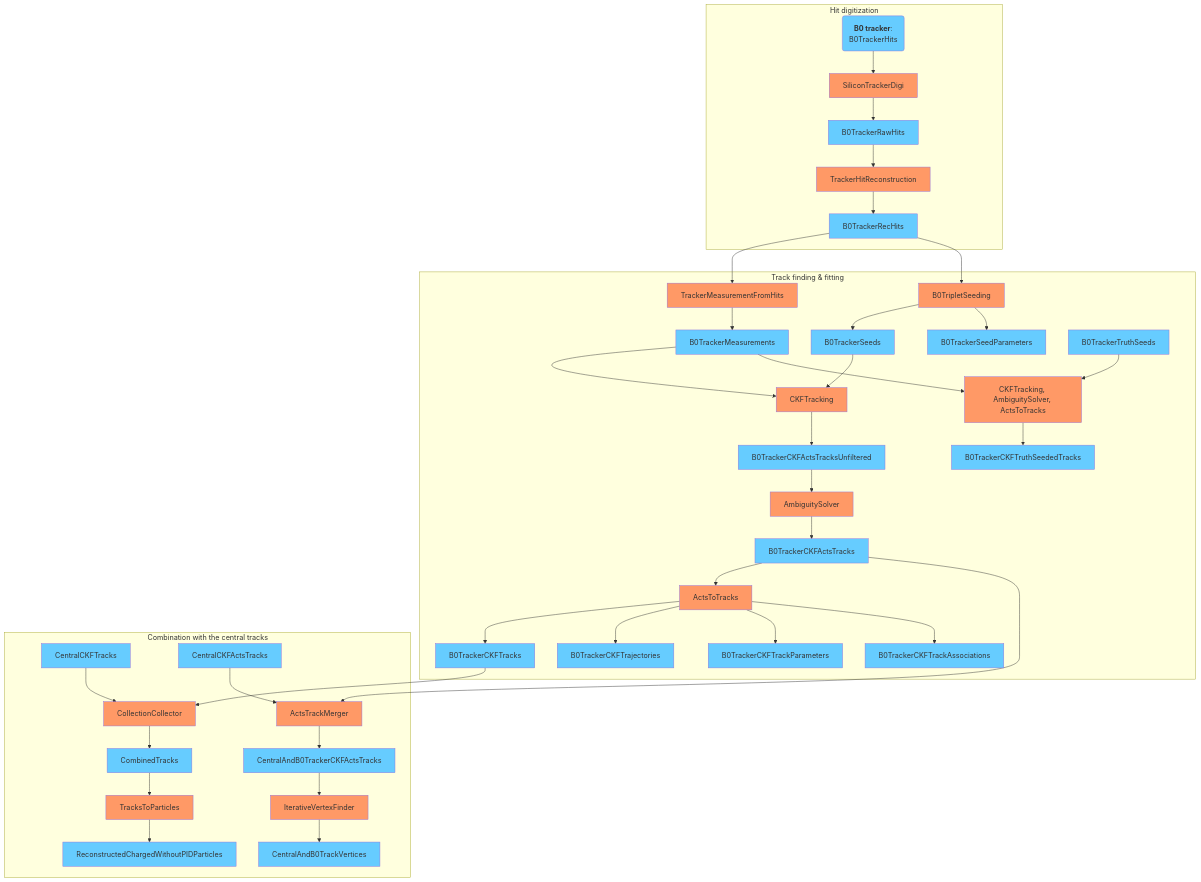
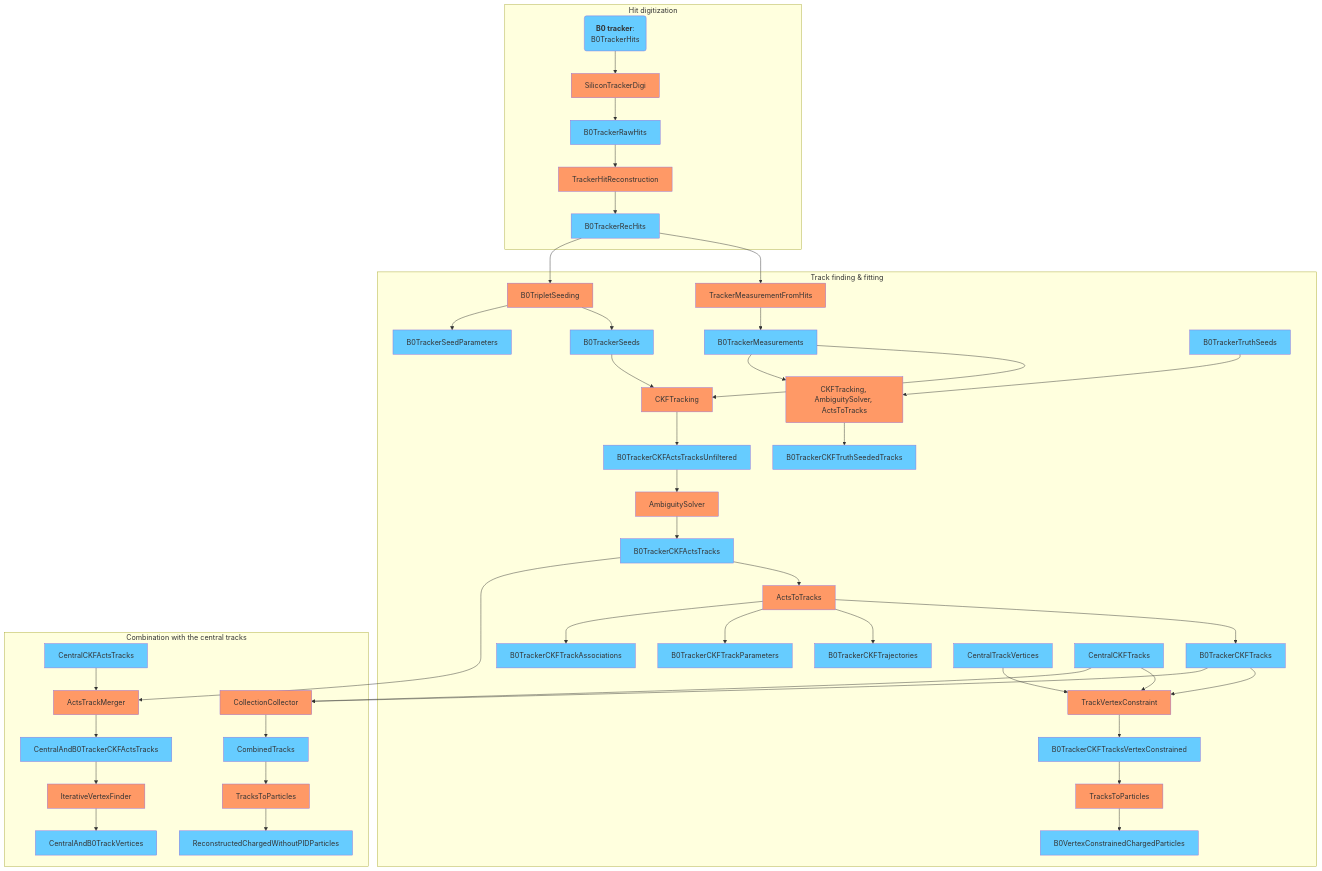
Before and after one commit to tom-bleher/EICrecon: the fifth of 5 diagrams in docs/design/tracking.md, drawn with Mermaid. The commit also changed other lines of this file, not shown here.

First line of the commit message:
docs: describe the B0 track extrapolation and the vertex-constrained tracks

````diff
--- a/docs/design/tracking.md
+++ b/docs/design/tracking.md
@@ -319,57 +335,65 @@
 ```mermaid
 flowchart TB
   classDef alg fill:#f96;
   classDef col fill:#66ccff;
   subgraph Hit digitization
     B0TrackerHits(<strong>B0 tracker</strong>:<br/>B0TrackerHits):::col
     B0TrackerHits --> B0TrackerDigi[SiliconTrackerDigi]:::alg
     B0TrackerDigi --> B0TrackerRawHits:::col
     B0TrackerRawHits --> B0TrackerHitReconstruction[TrackerHitReconstruction]:::alg
     B0TrackerHitReconstruction --> B0TrackerRecHits:::col
   end
 
   subgraph Track finding & fitting
     B0TrackerRecHits --> B0TrackerHitsConverter[TrackerMeasurementFromHits]:::alg
     B0TrackerHitsConverter --> B0TrackerMeasurements:::col
 
     B0TrackerRecHits --> B0TripletSeeding:::alg
     B0TripletSeeding --> B0TrackerSeeds:::col
     B0TripletSeeding --> B0TrackerSeedParameters:::col
 
     B0CKFTracking[CKFTracking]:::alg
     B0TrackerSeeds --> B0CKFTracking
     B0TrackerMeasurements --> B0CKFTracking
     B0CKFTracking --> B0TrackerCKFActsTracksUnfiltered:::col
 
     B0AmbiguitySolver[AmbiguitySolver]:::alg
     B0TrackerCKFActsTracksUnfiltered --> B0AmbiguitySolver
     B0AmbiguitySolver --> B0TrackerCKFActsTracks:::col
 
     B0ActsToTracks[ActsToTracks]:::alg
     B0TrackerCKFActsTracks --> B0ActsToTracks
     B0ActsToTracks --> B0TrackerCKFTracks:::col
     B0ActsToTracks --> B0TrackerCKFTrajectories:::col
     B0ActsToTracks --> B0TrackerCKFTrackParameters:::col
     B0ActsToTracks --> B0TrackerCKFTrackAssociations:::col
 
+    B0VertexConstraint[TrackVertexConstraint]:::alg
+    B0TrackerCKFTracks --> B0VertexConstraint
+    CentralTrackVertices:::col --> B0VertexConstraint
+    CentralCKFTracks:::col --> B0VertexConstraint
+    B0VertexConstraint --> B0TrackerCKFTracksVertexConstrained:::col
+    B0TrackerCKFTracksVertexConstrained --> B0VCTracksToParticles[TracksToParticles]:::alg
+    B0VCTracksToParticles --> B0VertexConstrainedChargedParticles:::col
+
     B0TrackerTruthSeeds:::col --> B0TruthSeededChain[CKFTracking, AmbiguitySolver, ActsToTracks]:::alg
     B0TrackerMeasurements --> B0TruthSeededChain
     B0TruthSeededChain --> B0TrackerCKFTruthSeededTracks:::col
   end
 
   subgraph Combination with the central tracks
     CombinedTracksCollector[CollectionCollector]:::alg
     CentralCKFTracks:::col --> CombinedTracksCollector
     B0TrackerCKFTracks --> CombinedTracksCollector
     CombinedTracksCollector --> CombinedTracks:::col
     CombinedTracks --> TracksToParticles:::alg
     TracksToParticles --> ReconstructedChargedWithoutPIDParticles:::col
 
     ActsTrackMerger:::alg
     CentralCKFActsTracks:::col --> ActsTrackMerger
     B0TrackerCKFActsTracks --> ActsTrackMerger
     ActsTrackMerger --> CentralAndB0TrackerCKFActsTracks:::col
     CentralAndB0TrackerCKFActsTracks --> B0IterativeVertexFinder[IterativeVertexFinder]:::alg
     B0IterativeVertexFinder --> CentralAndB0TrackVertices:::col
   end
 ```
````
